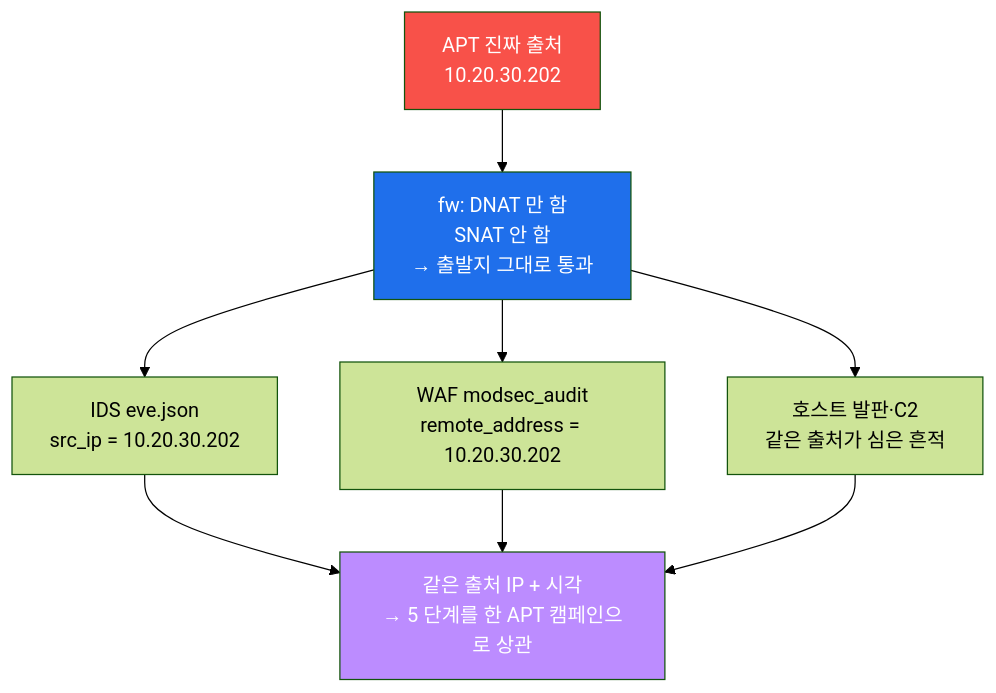
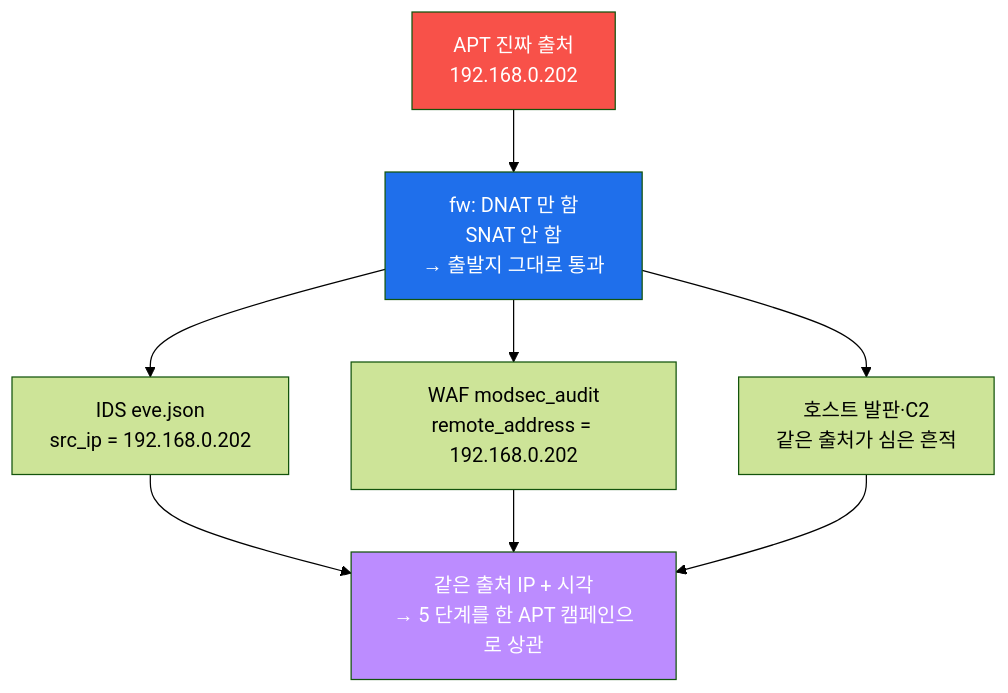
The ninth of 11 diagrams in contents/training/secuops/lecture_week15.md (mrgrit/tw2), drawn with Mermaid (forest theme) before and after one commit. The commit also changed other lines of this file and 9 other files, not shown here.

````diff
--- a/contents/training/secuops/lecture_week15.md
+++ b/contents/training/secuops/lecture_week15.md
@@ -456,16 +456,16 @@
 ```mermaid
 graph TD
-    ATK["APT 진짜 출처<br/>10.20.30.202"]
+    ATK["APT 진짜 출처<br/>192.168.0.202"]
     FW["fw: DNAT 만 함<br/>SNAT 안 함<br/>→ 출발지 그대로 통과"]
-    A["IDS eve.json<br/>src_ip = 10.20.30.202"]
-    B["WAF modsec_audit<br/>remote_address = 10.20.30.202"]
+    A["IDS eve.json<br/>src_ip = 192.168.0.202"]
+    B["WAF modsec_audit<br/>remote_address = 192.168.0.202"]
     C["호스트 발판·C2<br/>같은 출처가 심은 흔적"]
     KEY["같은 출처 IP + 시각<br/>→ 5 단계를 한 APT 캠페인으로 상관"]
     ATK --> FW
     FW --> A --> KEY
     FW --> B --> KEY
     FW --> C --> KEY
     style ATK fill:#f85149,color:#fff
     style FW fill:#1f6feb,color:#fff
     style KEY fill:#bc8cff,color:#fff
 ```
````
